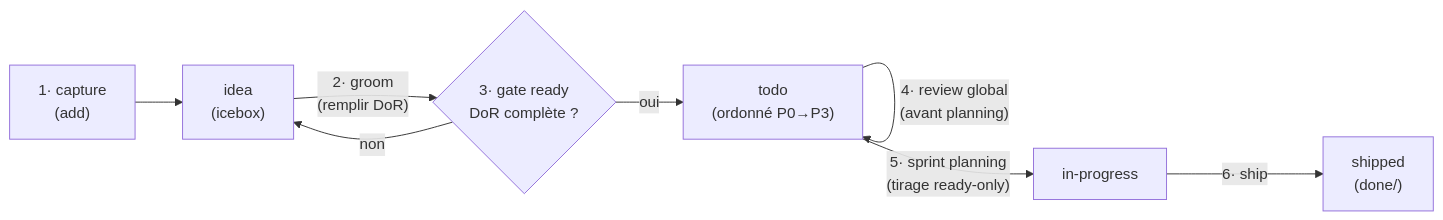
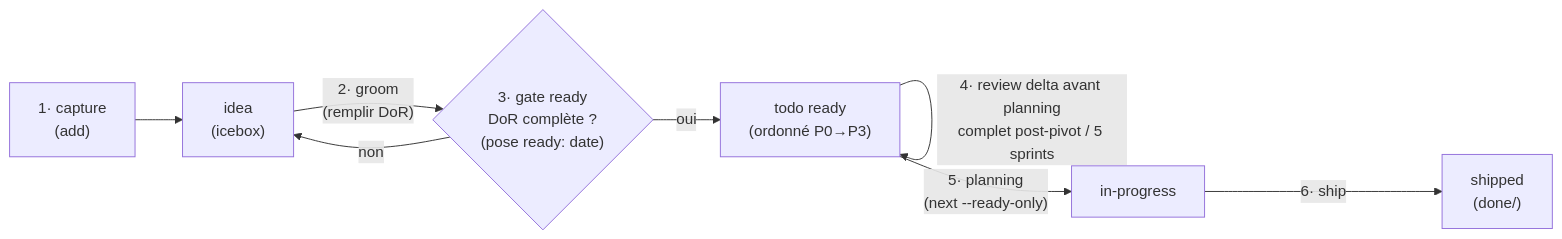
One commit to elzinko/vectorz changed the diagram in products/mega-city/docs/adr/0016-rituels-scrum-cycle-de-vie-backlog.md. Above: the diagram before and after it, drawn with Mermaid. The commit also changed other lines of this file and 1 other file, not shown here.

````diff
--- a/products/mega-city/docs/adr/0016-rituels-scrum-cycle-de-vie-backlog.md
+++ b/products/mega-city/docs/adr/0016-rituels-scrum-cycle-de-vie-backlog.md
@@ -96,10 +119,10 @@
 ```mermaid
 flowchart LR
     A["1· capture<br/>(add)"] --> B["idea<br/>(icebox)"]
-    B -- "2· groom<br/>(remplir DoR)" --> C{"3· gate ready<br/>DoR complète ?"}
+    B -- "2· groom<br/>(remplir DoR)" --> C{"3· gate ready<br/>DoR complète ?<br/>(pose ready: date)"}
     C -- non --> B
-    C -- oui --> D["todo<br/>(ordonné P0→P3)"]
-    D -- "4· review global<br/>(avant planning)" --> D
-    D -- "5· sprint planning<br/>(tirage ready-only)" --> E["in-progress"]
+    C -- oui --> D["todo ready<br/>(ordonné P0→P3)"]
+    D -- "4· review delta avant planning<br/>complet post-pivot / 5 sprints" --> D
+    D -- "5· planning<br/>(next --ready-only)" --> E["in-progress"]
     E -- "6· ship" --> F["shipped<br/>(done/)"]
 ```
````
